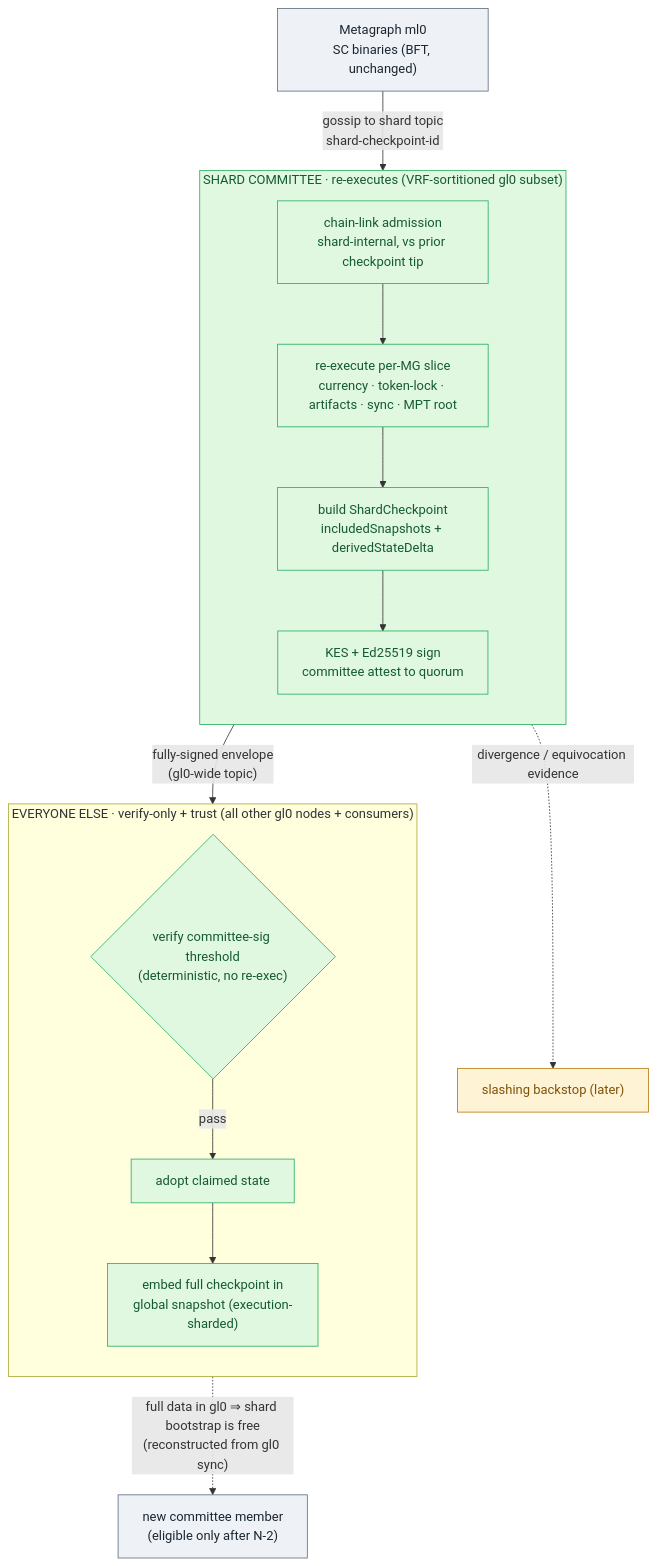
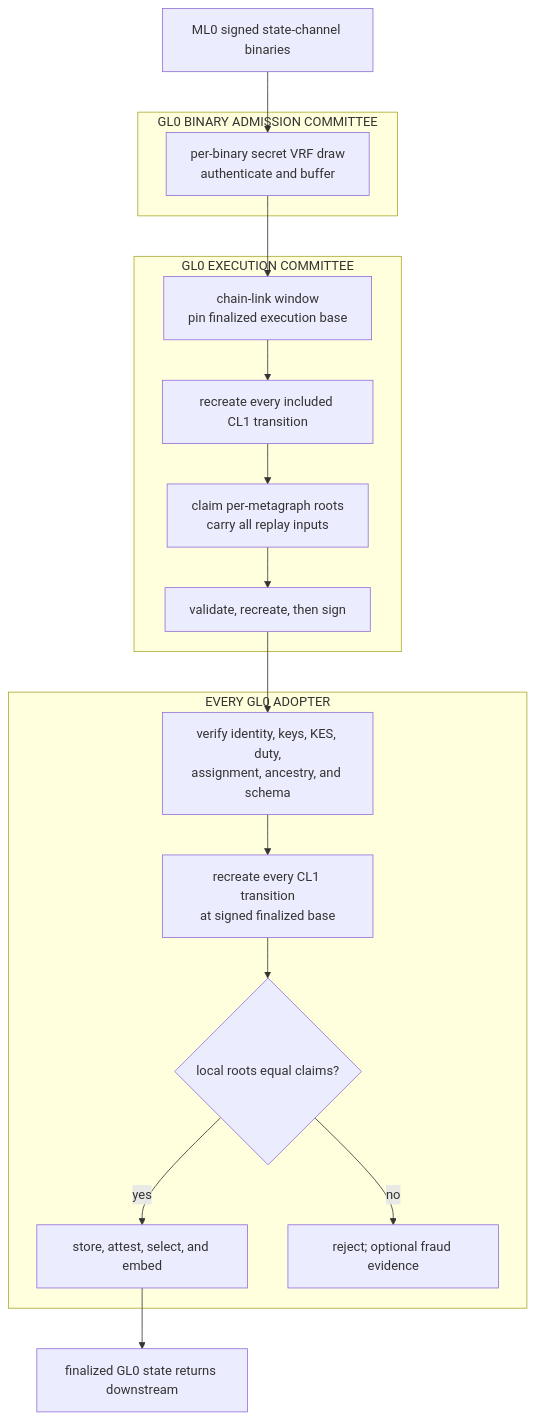
Before and after one commit to ottobot-ai/tessellation: the diagram in docs/nakamoto/diagrams/shard-inverted-flow.mmd, drawn with Mermaid. The commit also changed 259 other files, not shown here.

```diff
--- a/docs/nakamoto/diagrams/shard-inverted-flow.mmd
+++ b/docs/nakamoto/diagrams/shard-inverted-flow.mmd
@@ -1,27 +1,25 @@
 flowchart TB
-    B["Metagraph ml0<br/>SC binaries (BFT, unchanged)"]
-    B -->|"gossip to shard topic<br/>shard-checkpoint-id"| ADM
-    subgraph COMM["SHARD COMMITTEE · re-executes (VRF-sortitioned gl0 subset)"]
-        direction TB
-        ADM["chain-link admission<br/>shard-internal, vs prior checkpoint tip"]
-        EXE["re-execute per-MG slice<br/>currency · token-lock · artifacts · sync · MPT root"]
-        BUILD["build ShardCheckpoint<br/>includedSnapshots + derivedStateDelta"]
-        SIGN["KES + Ed25519 sign<br/>committee attest to quorum"]
-        ADM --> EXE --> BUILD --> SIGN
+    B["ML0 signed state-channel binaries"]
+    B --> ADM
+    subgraph ADMISSION["GL0 BINARY ADMISSION COMMITTEE"]
+        ADM["per-binary secret VRF draw<br/>authenticate and buffer"]
     end
-    SIGN -->|"fully-signed envelope<br/>(gl0-wide topic)"| VER
-    subgraph GL0["EVERYONE ELSE · verify-only + trust (all other gl0 nodes + consumers)"]
-        direction TB
-        VER{"verify committee-sig threshold<br/>(deterministic, no re-exec)"}
-        TRUST["adopt claimed state"]
-        EMBED["embed full checkpoint in<br/>global snapshot (execution-sharded)"]
-        VER -->|pass| TRUST --> EMBED
+    ADM --> EXEC
+    subgraph COMMITTEE["GL0 EXECUTION COMMITTEE"]
+        EXEC["chain-link window<br/>pin finalized execution base"]
+        REPLAY["recreate every included CL1 transition"]
+        BUILD["claim per-metagraph roots<br/>carry all replay inputs"]
+        SIGN["validate, recreate, then sign"]
+        EXEC --> REPLAY --> BUILD --> SIGN
     end
-    EMBED -.->|"full data in gl0 ⇒ shard bootstrap is free<br/>(reconstructed from gl0 sync)"| BOOT["new committee member<br/>(eligible only after N-2)"]
-    SIGN -.->|"divergence / equivocation evidence"| SLASH["slashing backstop (later)"]
-    classDef good fill:#e0f7e0,stroke:#27ae60,color:#145a32;
-    classDef neu fill:#eef2f7,stroke:#5d6d7e,color:#1b2631;
-    classDef future fill:#fff3d6,stroke:#b9770e,color:#7e5109;
-    class COMM,ADM,EXE,BUILD,SIGN,VER,TRUST,EMBED good;
-    class B,BOOT neu;
-    class SLASH future;
+    SIGN --> VERIFY
+    subgraph GLOBAL["EVERY GL0 ADOPTER"]
+        VERIFY["verify identity, keys, KES, duty,<br/>assignment, ancestry, and schema"]
+        AGAIN["recreate every CL1 transition<br/>at signed finalized base"]
+        COMPARE{"local roots equal claims?"}
+        EMBED["store, attest, select, and embed"]
+        VERIFY --> AGAIN --> COMPARE
+        COMPARE -->|yes| EMBED
+        COMPARE -->|no| REJECT["reject; optional fraud evidence"]
+    end
+    EMBED --> RETURN["finalized GL0 state returns downstream"]
```
